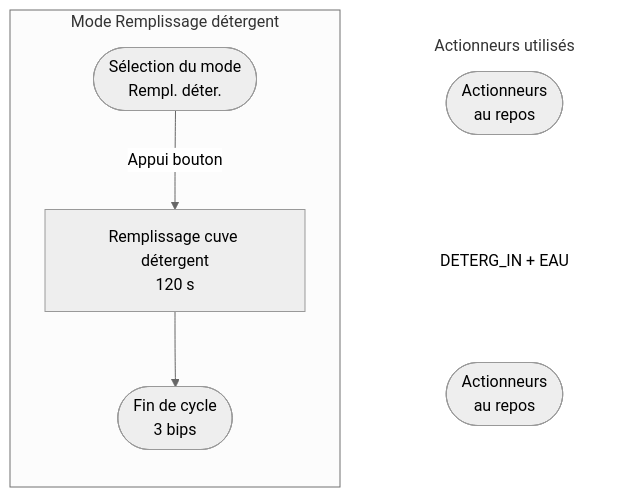
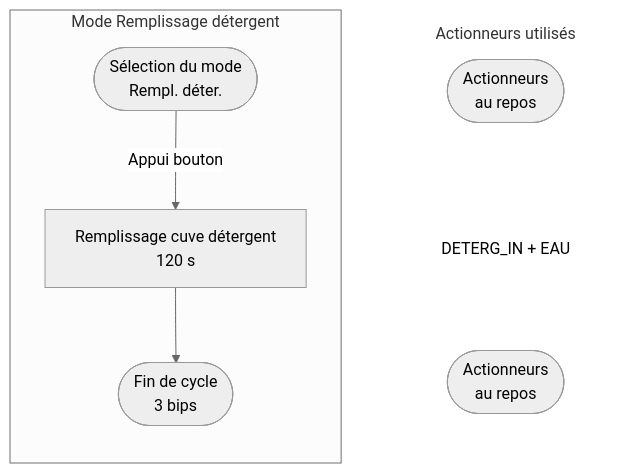
One commit to ecolab07/kegwasher changed the tenth of 11 diagrams in docs/FR/GRAFCET_TOUS_MODES.md. Above: the diagram before and after it, drawn with Mermaid (neutral theme). The commit also changed other lines of this file, not shown here.

````diff
--- a/docs/FR/GRAFCET_TOUS_MODES.md
+++ b/docs/FR/GRAFCET_TOUS_MODES.md
@@ -497,20 +497,20 @@
 ```mermaid
 flowchart TD
     subgraph ACTUATORS["Actionneurs utilisés"]
     direction TD
         A(["Actionneurs<br/>au repos"])
         B("DETERG_IN&nbsp;+&nbsp;EAU")
         E(["Actionneurs<br/>au repos"])
         A ~~~ |&nbsp;| B ~~~ E
     end
     style ACTUATORS fill:none,stroke:none
     style B fill:none,stroke:none
     subgraph STEPS["Mode Remplissage détergent"]
         direction TB
         Start(["Sélection du mode<br/>Rempl. déter."])
-        Fill["Remplissage cuve détergent<br/>120 s"]
+        Fill["Remplissage&nbsp;cuve&nbsp;détergent<br/>120 s"]
         End(["Fin de cycle<br/>3 bips"])
         Start -->|Appui bouton| Fill
         Fill --> End
     end
 ```
````
